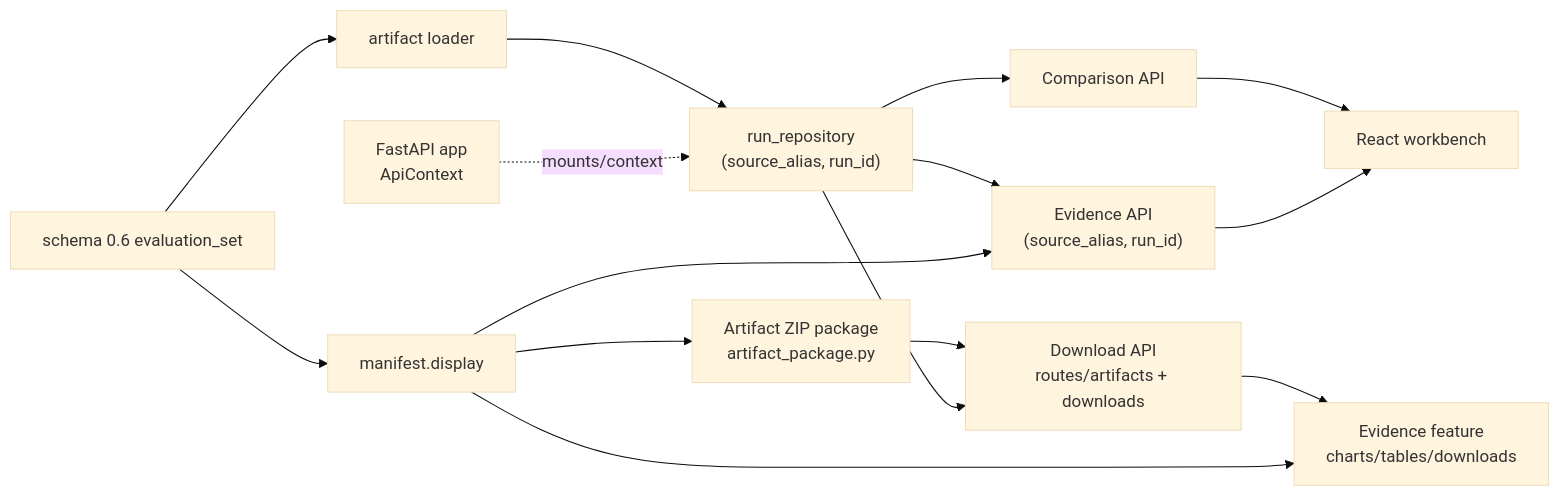
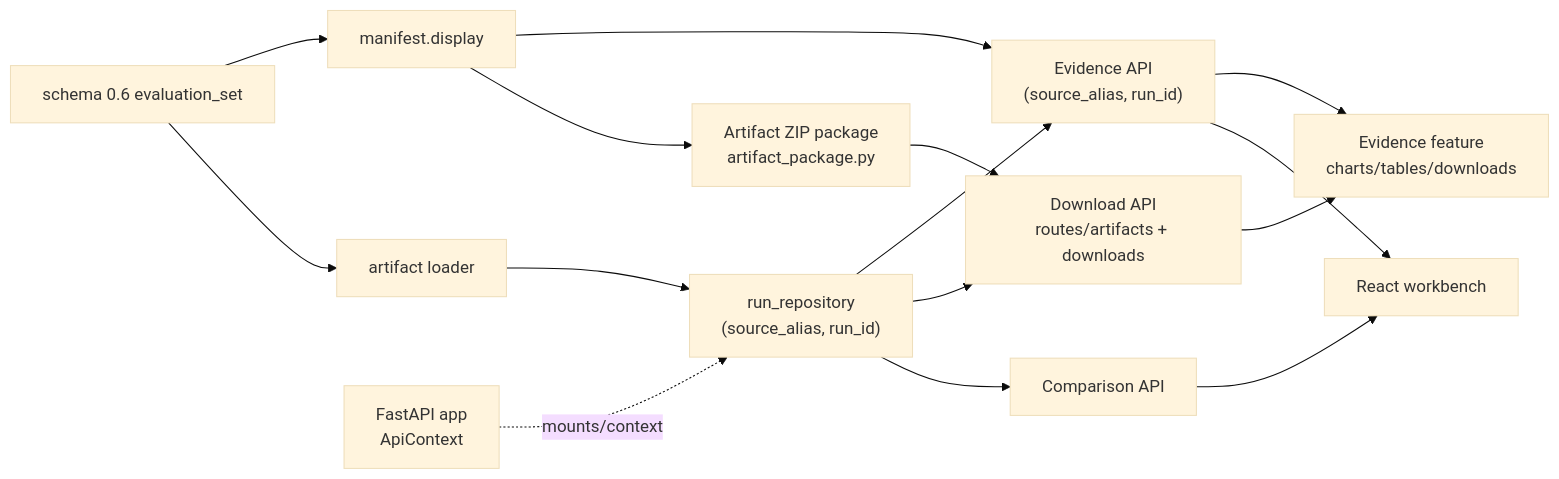
Before and after one commit to Sagiri317/quant-research-platform: the second of 3 diagrams in docs/code-map/platform-flow.md, drawn with Mermaid (base theme). The commit also changed other lines of this file and 10 other files, not shown here.

````diff
--- a/docs/code-map/platform-flow.md
+++ b/docs/code-map/platform-flow.md
@@ -36,25 +39,25 @@
 ```mermaid
 flowchart LR
   artifacts["schema 0.6 evaluation_set"]
   display["manifest.display"]
   loader["artifact loader"]
   package["Artifact ZIP package\nartifact_package.py"]
   fastapi["FastAPI app\nApiContext"]
   run_repo["run_repository\n(source_alias, run_id)"]
   evidence_api["Evidence API\n(source_alias, run_id)"]
   download_api["Download API\nroutes/artifacts + downloads"]
   comparison_api["Comparison API"]
   web["React workbench"]
   evidence_feature["Evidence feature\ncharts/tables/downloads"]
 
   fastapi -. mounts/context .-> run_repo
   artifacts --> display
   artifacts --> loader --> run_repo
   display --> evidence_api
   display --> package
-  display --> evidence_feature
+  evidence_api --> evidence_feature
   run_repo --> evidence_api --> web
   run_repo --> download_api
   package --> download_api --> evidence_feature
   run_repo --> comparison_api --> web
 ```
````
